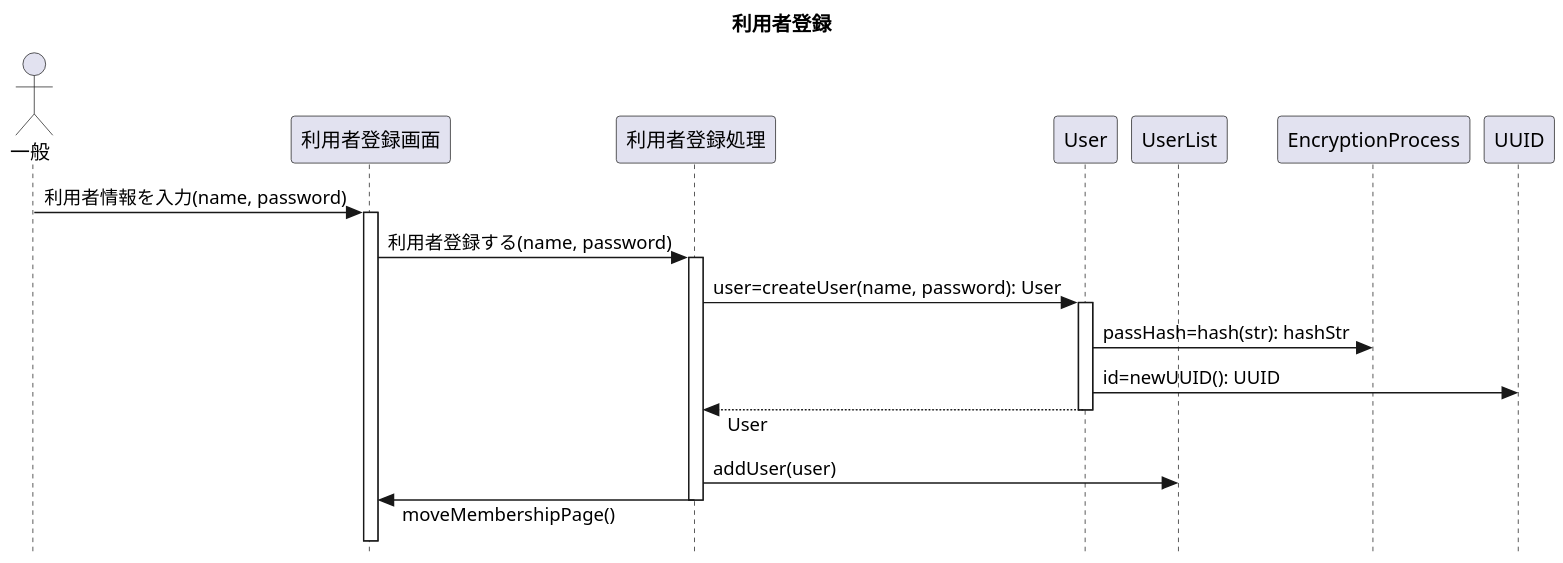
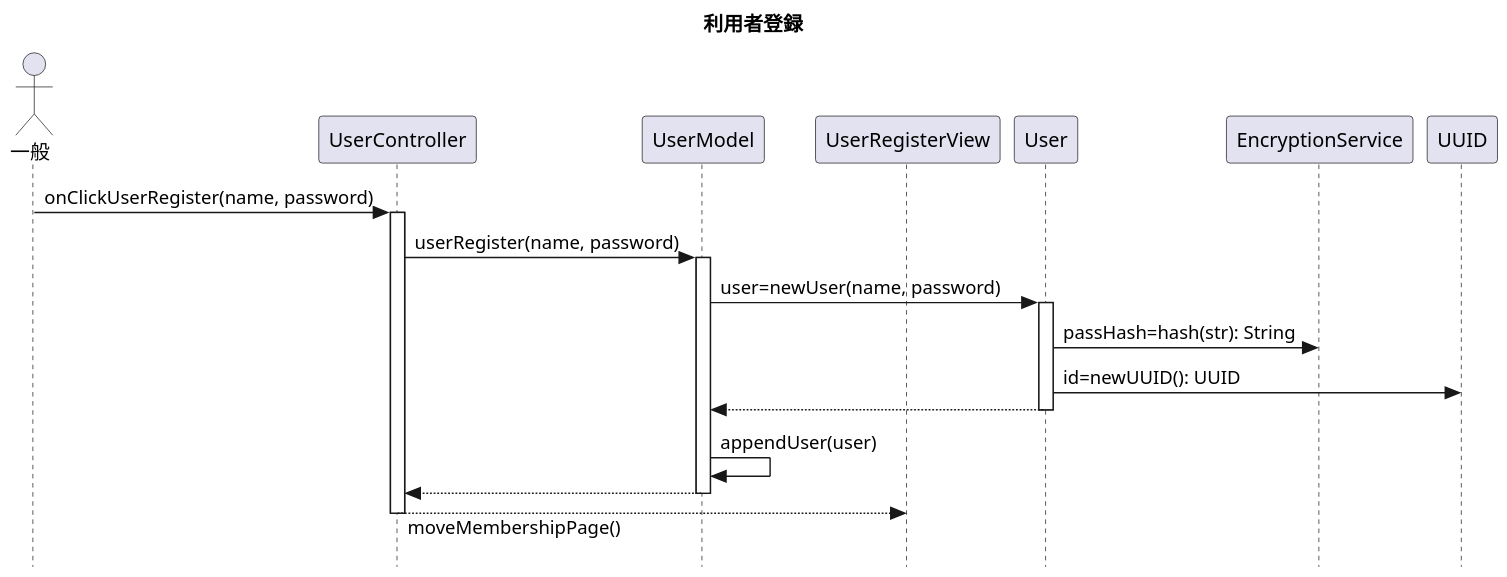
Before and after one commit to Romira915/AdvancedSoftwareEngineering3-Task: the first of 7 diagrams in sequence.pu, drawn with PlantUML. The commit also changed other lines of this file and 1 other file, not shown here.

```diff
--- a/sequence.pu
+++ b/sequence.pu
@@ -1,33 +1,35 @@
 @startuml 利用者登録
 
 title 利用者登録
 skinparam dpi 150
 skinparam responseMessageBelowArrow true
 skinparam style strictuml
 
 actor 一般 as user
-participant 利用者登録画面 as UseDisplay
-participant 利用者登録処理 as UseProcess
+participant UserController
+participant UserModel
+participant UserRegisterView
 participant User
-participant UserList
 
-user -> UseDisplay : 利用者情報を入力(name, password)
-activate UseDisplay
+user -> UserController : onClickUserRegister(name, password)
 
-UseDisplay -> UseProcess : 利用者登録する(name, password)
-activate UseProcess
+activate UserController
+UserController -> UserModel : userRegister(name, password)
 
-UseProcess -> User : user=createUser(name, password): User
+activate UserModel
+UserModel -> User : user=newUser(name, password)
+
 activate User
-
-User -> EncryptionProcess : passHash=hash(str): hashStr
+User -> EncryptionService : passHash=hash(str): String
 User -> UUID : id=newUUID(): UUID
-UseProcess <-- User : User
+UserModel <-- User
 deactivate User
 
-UseProcess -> UserList : addUser(user)
+UserModel -> UserModel : appendUser(user)
+UserController <-- UserModel
+deactivate UserModel
 
-UseDisplay <- UseProcess : moveMembershipPage()
-deactivate UseProcess
+UserRegisterView <-- UserController : moveMembershipPage()
+deactivate UserController
 
 @enduml
```
